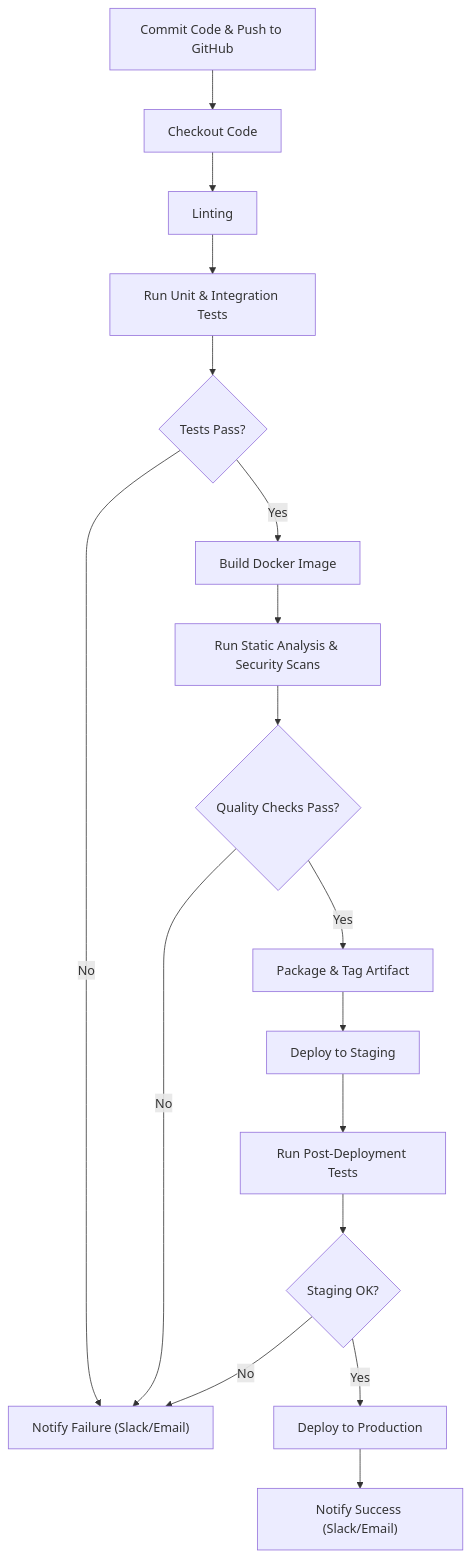
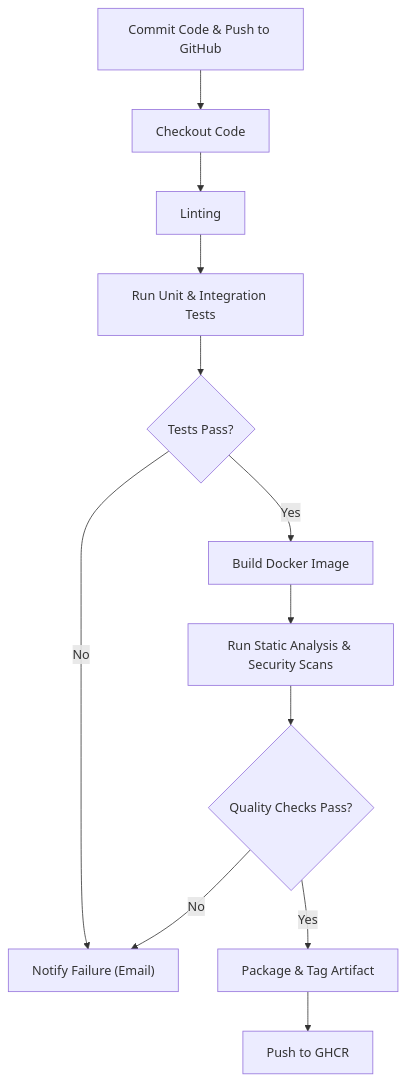
The diagram in docs/pipeline_diagram.md (mng-g/portfolio-ci-cd), drawn with Mermaid before and after one commit. The commit also changed other lines of this file and 12 other files, not shown here.

````diff
--- a/docs/pipeline_diagram.md
+++ b/docs/pipeline_diagram.md
@@ -1,19 +1,14 @@
 ```mermaid
 flowchart TD
     A[Commit Code & Push to GitHub] --> B[Checkout Code]
     B --> C[Linting]
     C --> D[Run Unit & Integration Tests]
     D --> E{Tests Pass?}
     E -- Yes --> F[Build Docker Image]
-    E -- No --> G["Notify Failure (Slack/Email)"]
+    E -- No --> G["Notify Failure (Email)"]
     F --> H[Run Static Analysis & Security Scans]
     H --> I{Quality Checks Pass?}
     I -- Yes --> J[Package & Tag Artifact]
     I -- No --> G
-    J --> K[Deploy to Staging]
-    K --> L[Run Post-Deployment Tests]
-    L --> M{Staging OK?}
-    M -- Yes --> N[Deploy to Production]
-    M -- No --> G
-    N --> O["Notify Success (Slack/Email)"]
+    J --> K[Push to GHCR]
 ```
````
